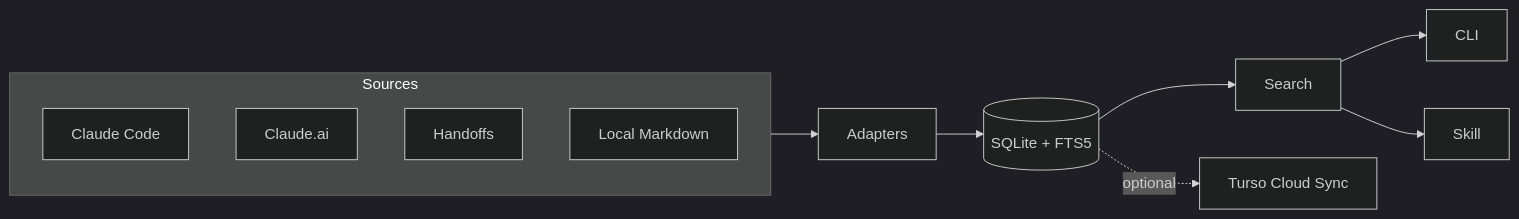
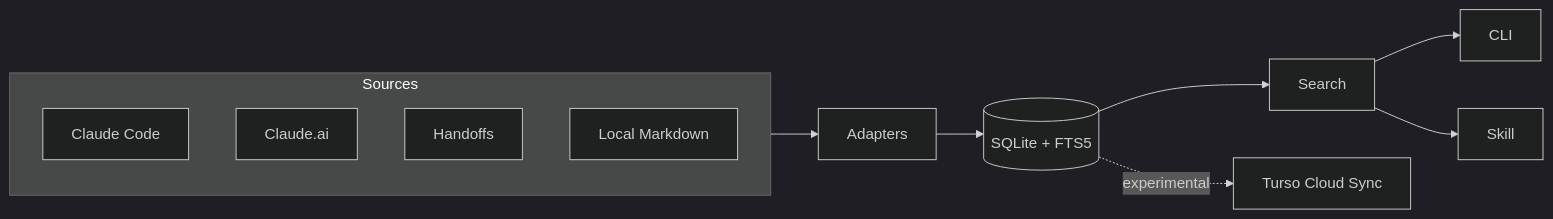
Before and after one commit to spm1001/claude-mem: the diagram in README.md, drawn with Mermaid (dark theme). The commit also changed other lines of this file, not shown here.

First line of the commit message:
docs: Mark Turso as experimental, recommend local SQLite

````diff
--- a/README.md
+++ b/README.md
@@ -66,17 +66,17 @@
 ```mermaid
 flowchart LR
     subgraph Sources
         CC[Claude Code]
         CA[Claude.ai]
         HO[Handoffs]
         MD[Local Markdown]
     end
 
     Sources --> Adapters
     Adapters --> DB[(SQLite + FTS5)]
     DB --> Search
     Search --> CLI[CLI]
     Search --> Skill[Skill]
 
-    DB -.->|optional| Turso[Turso Cloud Sync]
+    DB -.->|experimental| Turso[Turso Cloud Sync]
 ```
````
